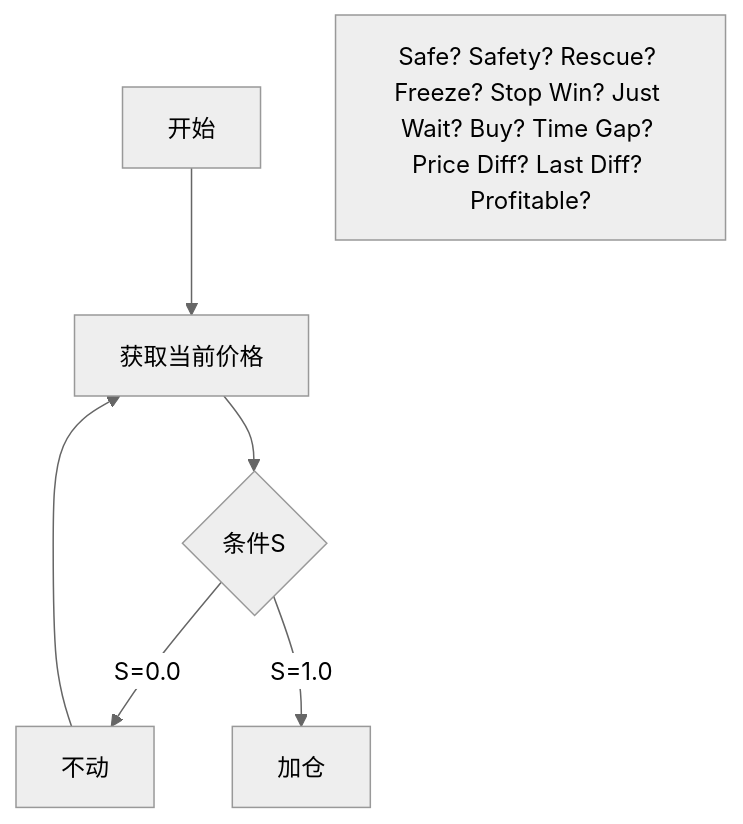
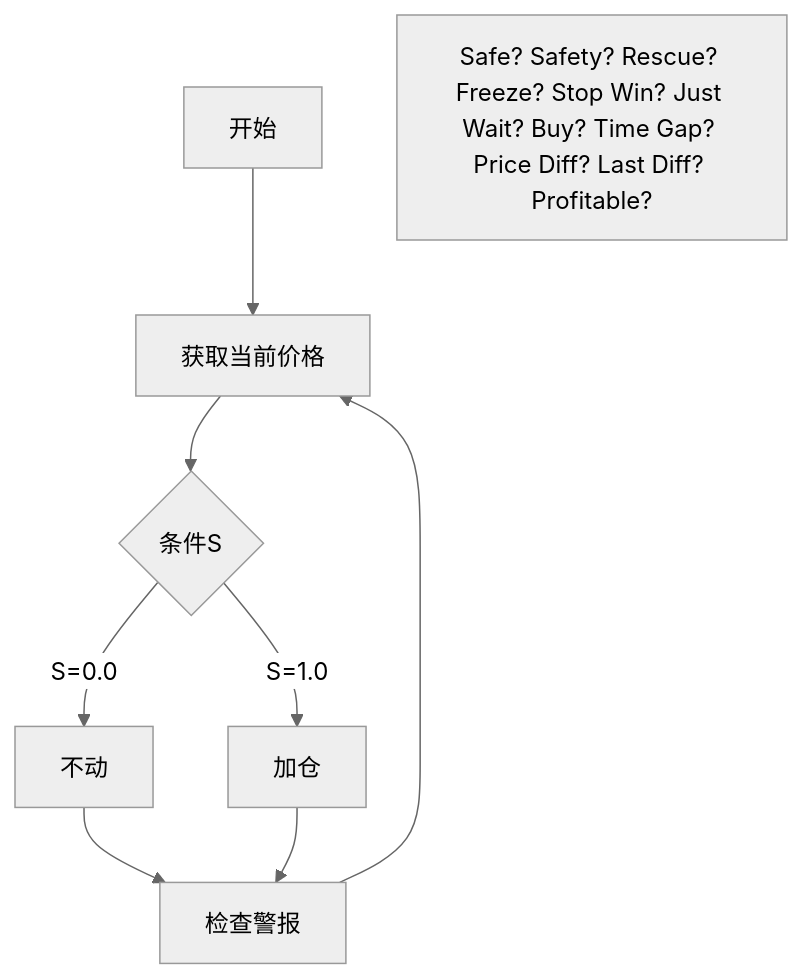
Before and after one commit to meiseguo/meiseguo: the diagram in README.md, drawn with Mermaid (neutral theme).

Commit message:
更新 README.md

````diff
--- a/README.md
+++ b/README.md
@@ -19,9 +19,11 @@
 ```mermaid
 graph TD
 A[开始] --> B[获取当前价格]
 B --> C{条件S}
 C --> |S=0.0| D[不动]
 C --> |S=1.0| E[加仓]
-D --> B
+D --> H[检查警报]
+E --> H
+H --> B
 Note[Safe? Safety? Rescue? Freeze? Stop Win? Just Wait? Buy? Time Gap? Price Diff? Last Diff? Profitable?]
 ```
````
